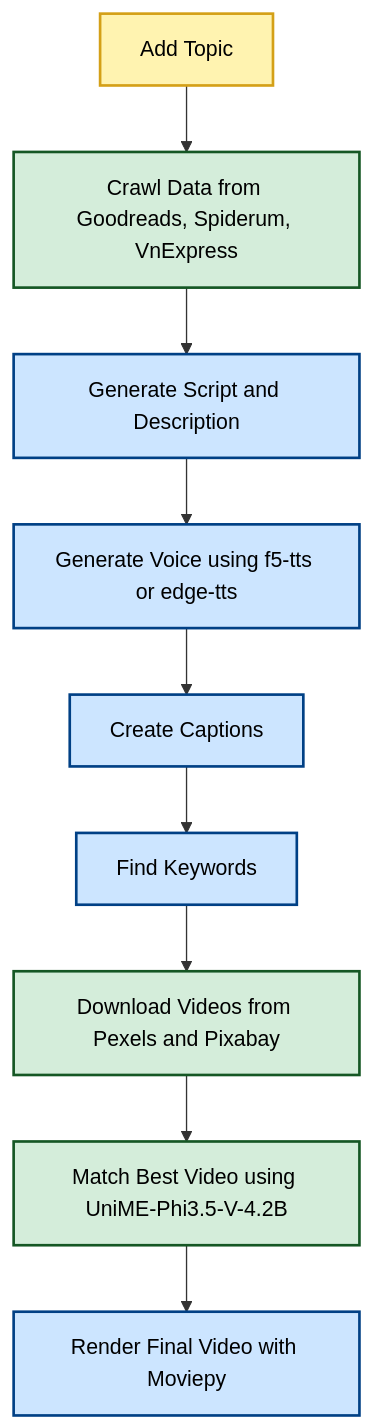
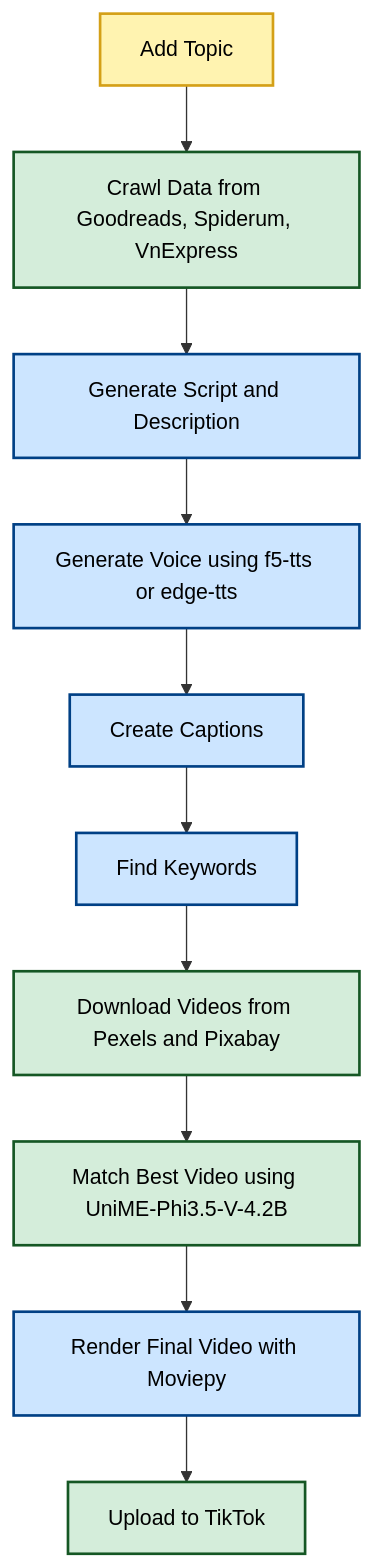
The first of 2 diagrams in README.md (mrzaizai2k/auto_tiktok), drawn with Mermaid before and after one commit. The commit also changed other lines of this file and 1 other file, not shown here.

````diff
--- a/README.md
+++ b/README.md
@@ -103,15 +22,16 @@
 ```mermaid
 flowchart TD
     A[Add Topic]:::process --> B[Crawl Data from Goodreads, Spiderum, VnExpress]:::external
     B --> C[Generate Script and Description]:::internal
     C --> D[Generate Voice using f5-tts or edge-tts]:::internal
     D --> E[Create Captions]:::internal
     E --> F[Find Keywords]:::internal
     F --> G[Download Videos from Pexels and Pixabay]:::external
     G --> H[Match Best Video using UniME-Phi3.5-V-4.2B]:::external
     H --> I[Render Final Video with Moviepy]:::internal
+    I --> K[Upload to TikTok]:::external
 
     classDef process fill:#fff3b0,stroke:#d4a017,stroke-width:2px,color:#000
     classDef internal fill:#cce5ff,stroke:#004085,stroke-width:2px,color:#000
     classDef external fill:#d4edda,stroke:#155724,stroke-width:2px,color:#000
 ```
````
